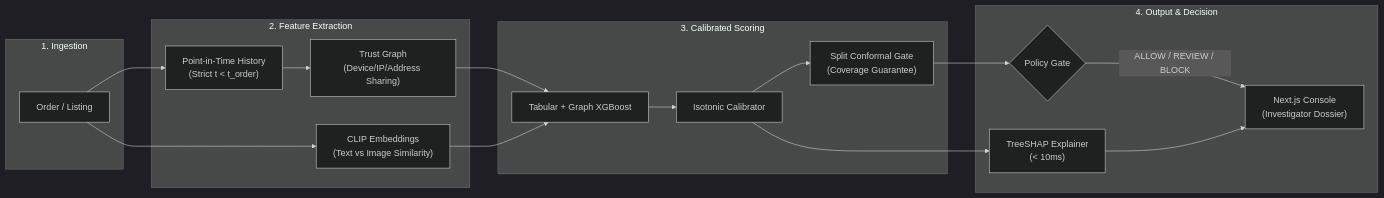
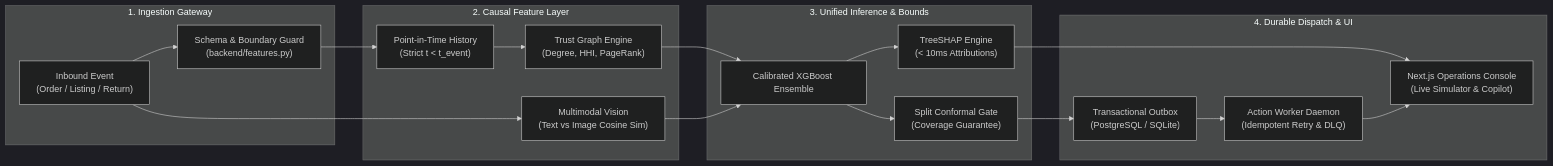
The diagram in README.md (Rajiv107ai/Trustshield), drawn with Mermaid (dark theme) before and after one commit. The commit also changed other lines of this file, not shown here.

Commit message:
docs: overhaul README with recruiter-ready architecture and updated directory structure

````diff
--- a/README.md
+++ b/README.md
@@ -23,30 +23,31 @@
 ```mermaid
 flowchart LR
-    subgraph Input ["1. Ingestion"]
-        Tx["Order / Listing"]
+    subgraph Ingestion ["1. Ingestion Gateway"]
+        Tx["Inbound Event<br/>(Order / Listing / Return)"]
+        Boundary["Schema & Boundary Guard<br/>(backend/features.py)"]
     end
 
-    subgraph Features ["2. Feature Extraction"]
-        PIT["Point-in-Time History<br/>(Strict t < t_order)"]
-        Graph["Trust Graph<br/>(Device/IP/Address Sharing)"]
-        MM["CLIP Embeddings<br/>(Text vs Image Similarity)"]
+    subgraph FeaturePipeline ["2. Causal Feature Layer"]
+        PIT["Point-in-Time History<br/>(Strict t < t_event)"]
+        Graph["Trust Graph Engine<br/>(Degree, HHI, PageRank)"]
+        CLIP["Multimodal Vision<br/>(Text vs Image Cosine Sim)"]
     end
 
-    subgraph Modeling ["3. Calibrated Scoring"]
-        XGB["Tabular + Graph XGBoost"]
-        Calib["Isotonic Calibrator"]
+    subgraph Scoring ["3. Unified Inference & Bounds"]
+        Model["Calibrated XGBoost Ensemble"]
         Conf["Split Conformal Gate<br/>(Coverage Guarantee)"]
+        SHAP["TreeSHAP Engine<br/>(< 10ms Attributions)"]
     end
 
-    subgraph Decision ["4. Output & Decision"]
-        Action{"Policy Gate"}
-        SHAP["TreeSHAP Explainer<br/>(< 10ms)"]
-        UI["Next.js Console<br/>(Investigator Dossier)"]
+    subgraph Operations ["4. Durable Dispatch & UI"]
+        Outbox["Transactional Outbox<br/>(PostgreSQL / SQLite)"]
+        Worker["Action Worker Daemon<br/>(Idempotent Retry & DLQ)"]
+        UI["Next.js Operations Console<br/>(Live Simulator & Copilot)"]
     end
 
-    Tx --> PIT --> Graph
-    Tx --> MM
-    Graph & MM --> XGB --> Calib --> Conf --> Action
-    Action -->|ALLOW / REVIEW / BLOCK| UI
-    Calib --> SHAP --> UI
+    Tx --> Boundary --> PIT --> Graph
+    Tx --> CLIP
+    Graph & CLIP --> Model --> Conf --> Outbox --> Worker
+    Model --> SHAP --> UI
+    Worker --> UI
 ```
````
